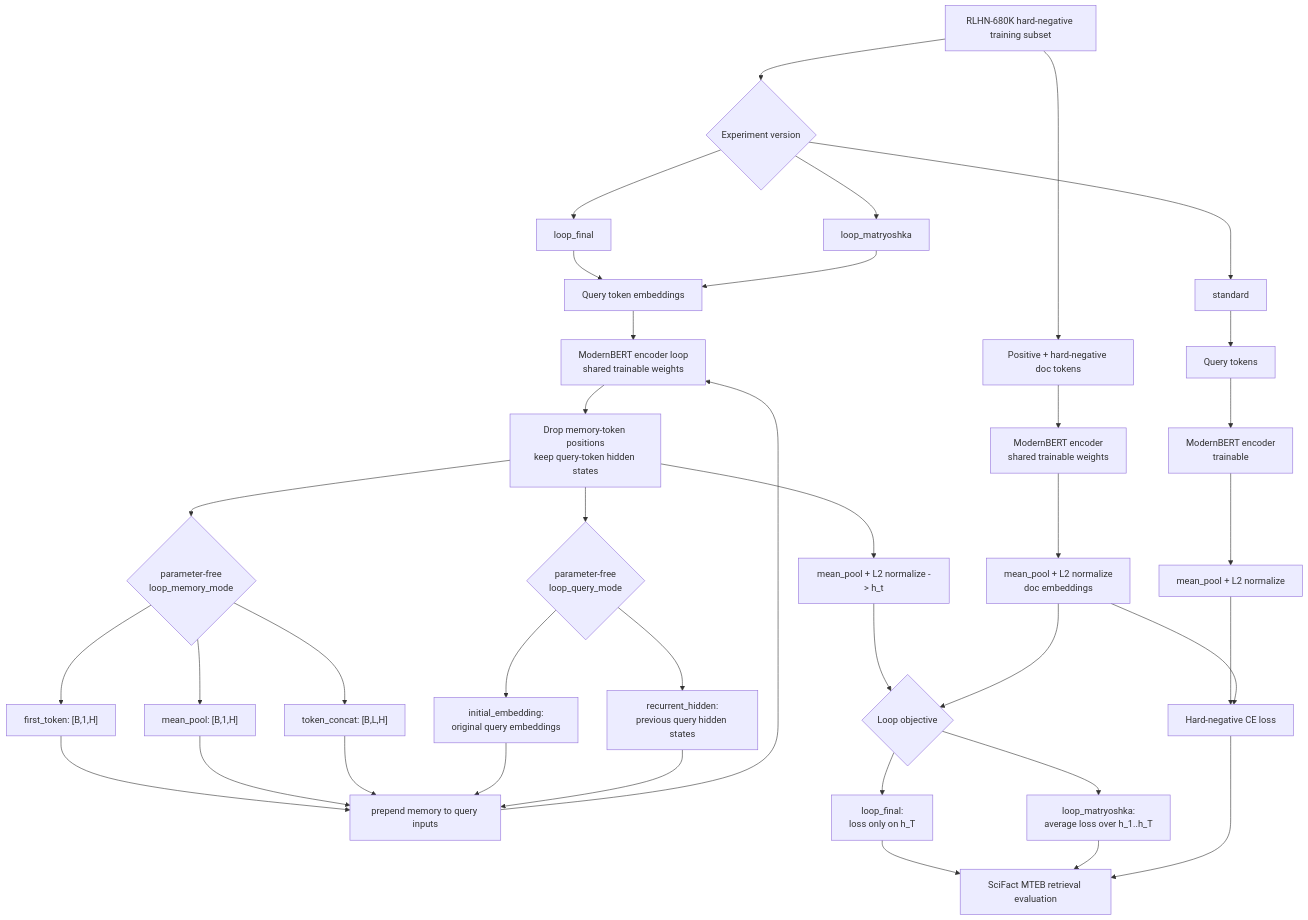
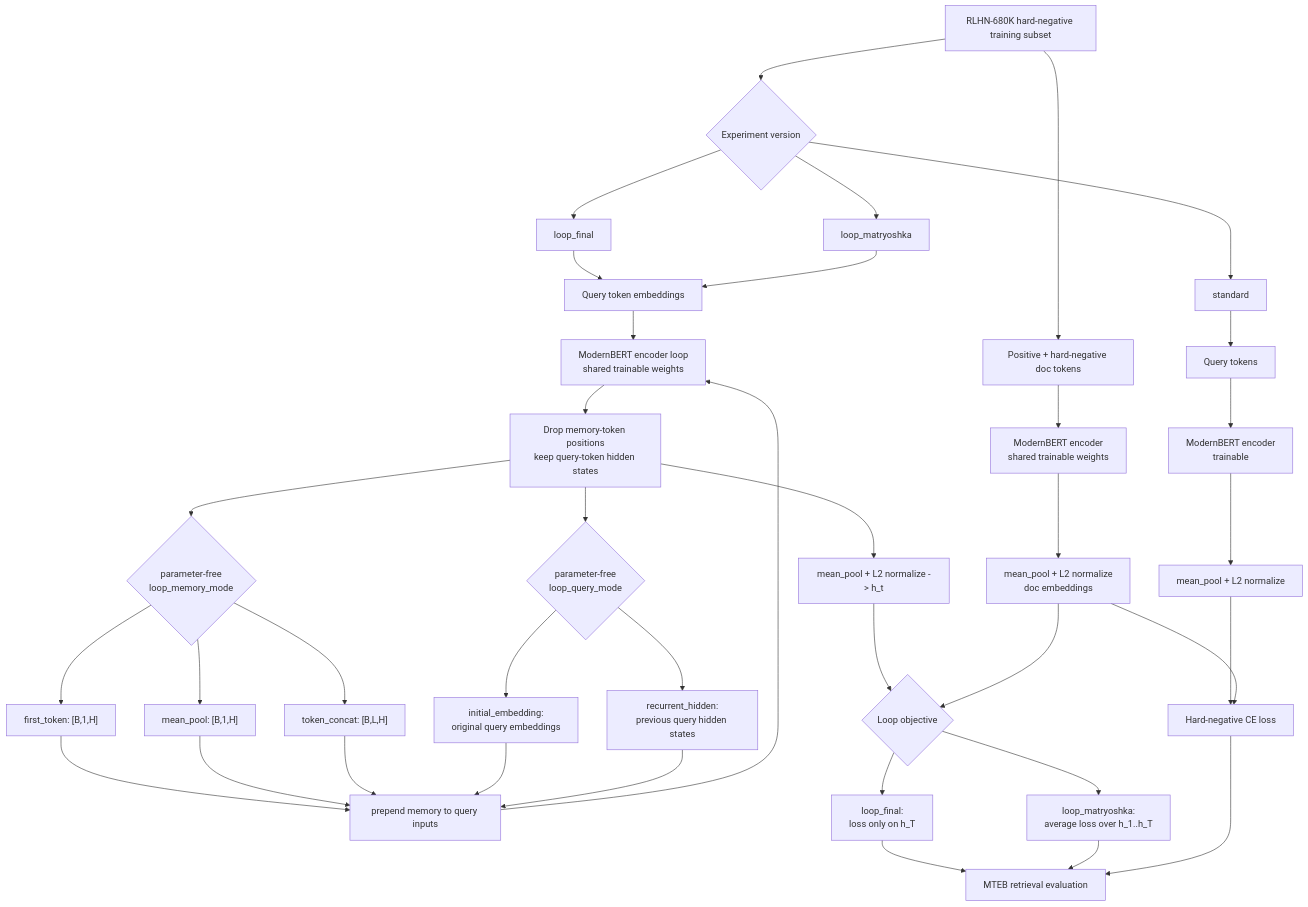
The diagram in README.md (Ziqi-Gao/Information-Retrieval), drawn with Mermaid before and after one commit. The commit also changed other lines of this file and 15 other files, not shown here.

Commit message:
support multi-task retrieval evaluation

````diff
--- a/README.md
+++ b/README.md
@@ -30,46 +30,46 @@
 ```mermaid
 flowchart TD
     TrainData["RLHN-680K hard-negative training subset"] --> Versions{"Experiment version"}
 
     Versions --> Standard["standard"]
     Versions --> LoopFinal["loop_final"]
     Versions --> LoopMat["loop_matryoshka"]
 
     TrainData --> Docs["Positive + hard-negative doc tokens"]
     Docs --> DocEncoder["ModernBERT encoder<br/>shared trainable weights"]
     DocEncoder --> DocPool["mean_pool + L2 normalize<br/>doc embeddings"]
 
     Standard --> StdQuery["Query tokens"]
     StdQuery --> StdEncoder["ModernBERT encoder<br/>trainable"]
     StdEncoder --> StdPool["mean_pool + L2 normalize"]
     StdPool --> StdLoss["Hard-negative CE loss"]
     DocPool --> StdLoss
 
     LoopFinal --> LoopInput["Query token embeddings"]
     LoopMat --> LoopInput
     LoopInput --> LoopEncoder["ModernBERT encoder loop<br/>shared trainable weights"]
     LoopEncoder --> QueryOnly["Drop memory-token positions<br/>keep query-token hidden states"]
     QueryOnly --> LoopPool["mean_pool + L2 normalize -> h_t"]
     QueryOnly --> MemoryMode{"parameter-free<br/>loop_memory_mode"}
     QueryOnly --> QueryMode{"parameter-free<br/>loop_query_mode"}
     MemoryMode --> FirstToken["first_token: [B,1,H]"]
     MemoryMode --> MeanPool["mean_pool: [B,1,H]"]
     MemoryMode --> TokenConcat["token_concat: [B,L,H]"]
     QueryMode --> InitialQuery["initial_embedding:<br/>original query embeddings"]
     QueryMode --> RecurrentQuery["recurrent_hidden:<br/>previous query hidden states"]
     FirstToken --> NextLoop["prepend memory to query inputs"]
     MeanPool --> NextLoop
     TokenConcat --> NextLoop
     InitialQuery --> NextLoop
     RecurrentQuery --> NextLoop
     NextLoop --> LoopEncoder
 
     LoopPool --> LoopLoss{"Loop objective"}
     LoopLoss --> FinalOnly["loop_final:<br/>loss only on h_T"]
     LoopLoss --> EveryLoop["loop_matryoshka:<br/>average loss over h_1..h_T"]
     DocPool --> LoopLoss
 
-    FinalOnly --> Eval["SciFact MTEB retrieval evaluation"]
+    FinalOnly --> Eval["MTEB retrieval evaluation"]
     EveryLoop --> Eval
     StdLoss --> Eval
 ```
````
